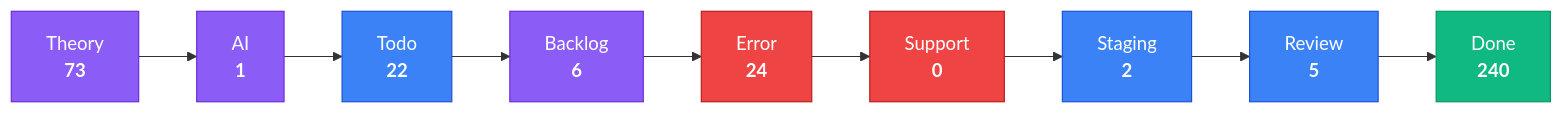
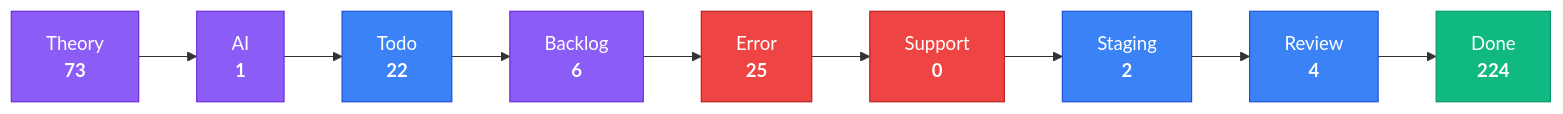
The third of 4 diagrams in apps/kbve/astro-kbve/src/content/docs/dashboard/kanban-data.mdx (KBVE/kbve), drawn with Mermaid before and after one commit. The commit also changed other lines of this file and 8 other files, not shown here.

````diff
--- a/apps/kbve/astro-kbve/src/content/docs/dashboard/kanban-data.mdx
+++ b/apps/kbve/astro-kbve/src/content/docs/dashboard/kanban-data.mdx
@@ -80,28 +80,28 @@
 ```mermaid
 flowchart LR
     classDef planning fill:#8b5cf6,stroke:#6d28d9,color:#fff
     classDef active fill:#3b82f6,stroke:#1d4ed8,color:#fff
     classDef blocked fill:#ef4444,stroke:#b91c1c,color:#fff
     classDef done fill:#10b981,stroke:#059669,color:#fff
     Theory["Theory<br/><strong>73</strong>"]
     Theory --> AI
     AI["AI<br/><strong>1</strong>"]
     AI --> Todo
     Todo["Todo<br/><strong>22</strong>"]
     Todo --> Backlog
     Backlog["Backlog<br/><strong>6</strong>"]
     Backlog --> Error
-    Error["Error<br/><strong>24</strong>"]
+    Error["Error<br/><strong>25</strong>"]
     Error --> Support
     Support["Support<br/><strong>0</strong>"]
     Support --> Staging
     Staging["Staging<br/><strong>2</strong>"]
     Staging --> Review
-    Review["Review<br/><strong>5</strong>"]
+    Review["Review<br/><strong>4</strong>"]
     Review --> Done
-    Done["Done<br/><strong>240</strong>"]
+    Done["Done<br/><strong>224</strong>"]
     class Theory,AI,Backlog planning
     class Todo,Staging,Review active
     class Error,Support blocked
     class Done done
 ```
````
